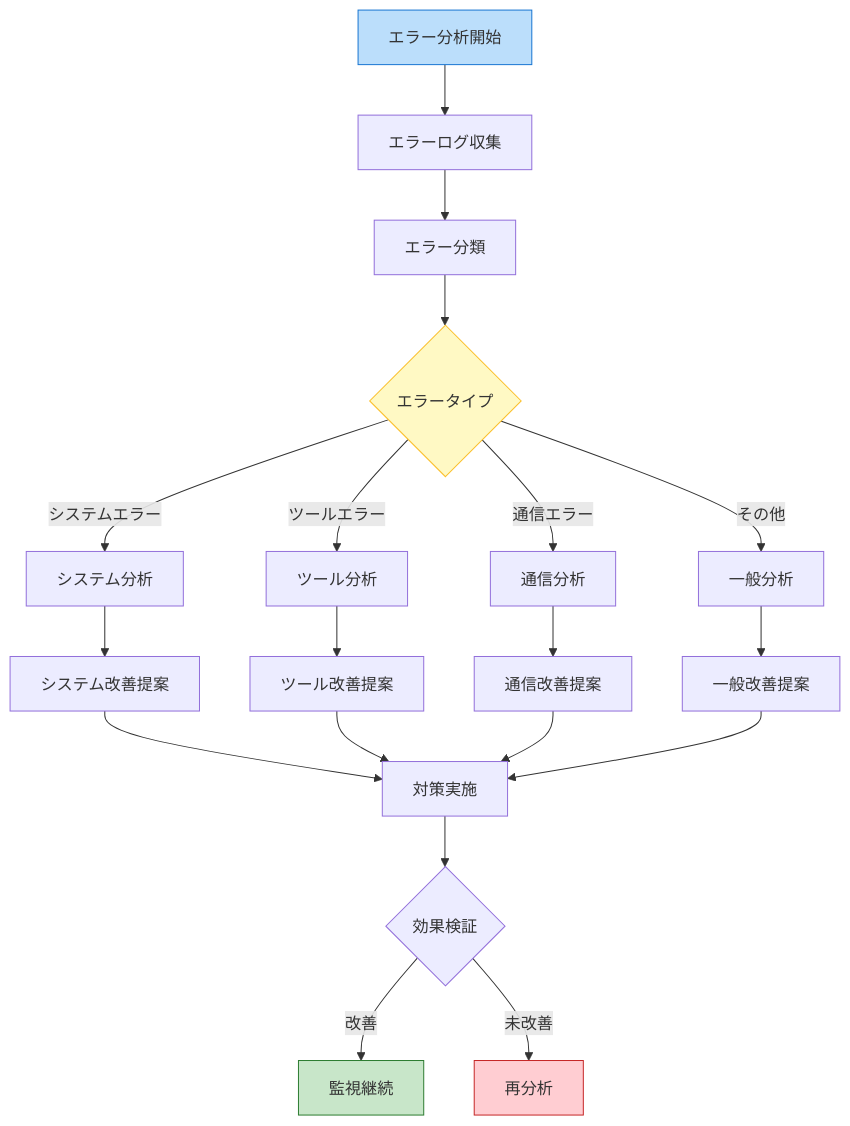
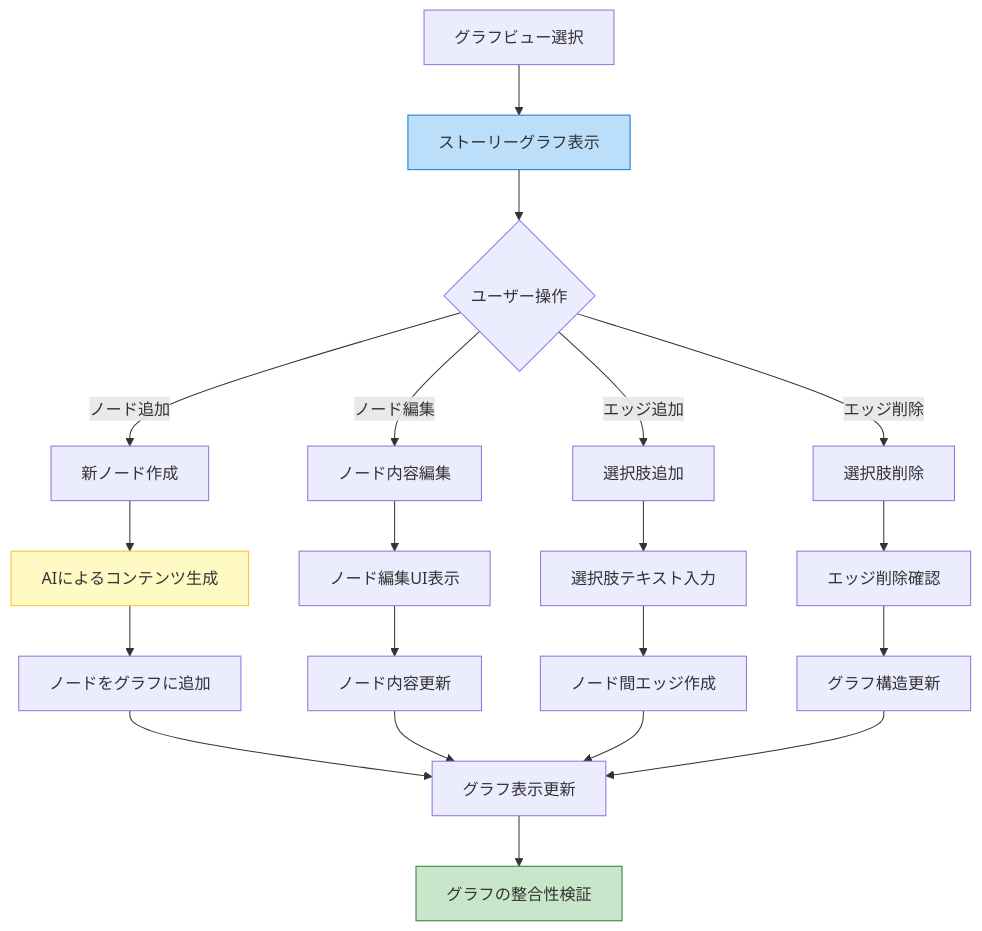
The fourth of 9 diagrams in docs/APP_FLOW.md (NewAITees/FableMaze), drawn with Mermaid before and after one commit. The commit also changed other lines of this file and 6 other files, not shown here.

````diff
--- a/docs/APP_FLOW.md
+++ b/docs/APP_FLOW.md
@@ -588,30 +101,33 @@
 ```mermaid
 flowchart TD
-    A[エラー分析開始] --> B[エラーログ収集]
-    B --> C[エラー分類]
-    C --> D{エラータイプ}
+    A[グラフビュー選択] --> B[ストーリーグラフ表示]
+    B --> C{ユーザー操作}
     
-    D -->|システムエラー| E[システム分析]
-    D -->|ツールエラー| F[ツール分析]
-    D -->|通信エラー| G[通信分析]
-    D -->|その他| H[一般分析]
+    C -->|ノード追加| D[新ノード作成]
+    C -->|ノード編集| E[ノード内容編集]
+    C -->|エッジ追加| F[選択肢追加]
+    C -->|エッジ削除| G[選択肢削除]
     
-    E --> I[システム改善提案]
-    F --> J[ツール改善提案]
-    G --> K[通信改善提案]
-    H --> L[一般改善提案]
+    D --> H[AIによるコンテンツ生成]
+    H --> I[ノードをグラフに追加]
     
-    I --> M[対策実施]
-    J --> M
-    K --> M
-    L --> M
+    E --> J[ノード編集UI表示]
+    J --> K[ノード内容更新]
     
-    M --> N{効果検証}
-    N -->|改善| O[監視継続]
-    N -->|未改善| P[再分析]
+    F --> L[選択肢テキスト入力]
+    L --> M[ノード間エッジ作成]
     
-    style A fill:#bbdefb,stroke:#1976d2
-    style D fill:#fff9c4,stroke:#fbc02d
-    style P fill:#ffcdd2,stroke:#c62828
-    style O fill:#c8e6c9,stroke:#2e7d32
+    G --> N[エッジ削除確認]
+    N --> O[グラフ構造更新]
+    
+    I --> P[グラフ表示更新]
+    K --> P
+    M --> P
+    O --> P
+    
+    P --> Q[グラフの整合性検証]
+    
+    style B fill:#bbdefb,stroke:#1976d2
+    style H fill:#fff9c4,stroke:#fbc02d
+    style Q fill:#c8e6c9,stroke:#2e7d32
 ```
````
